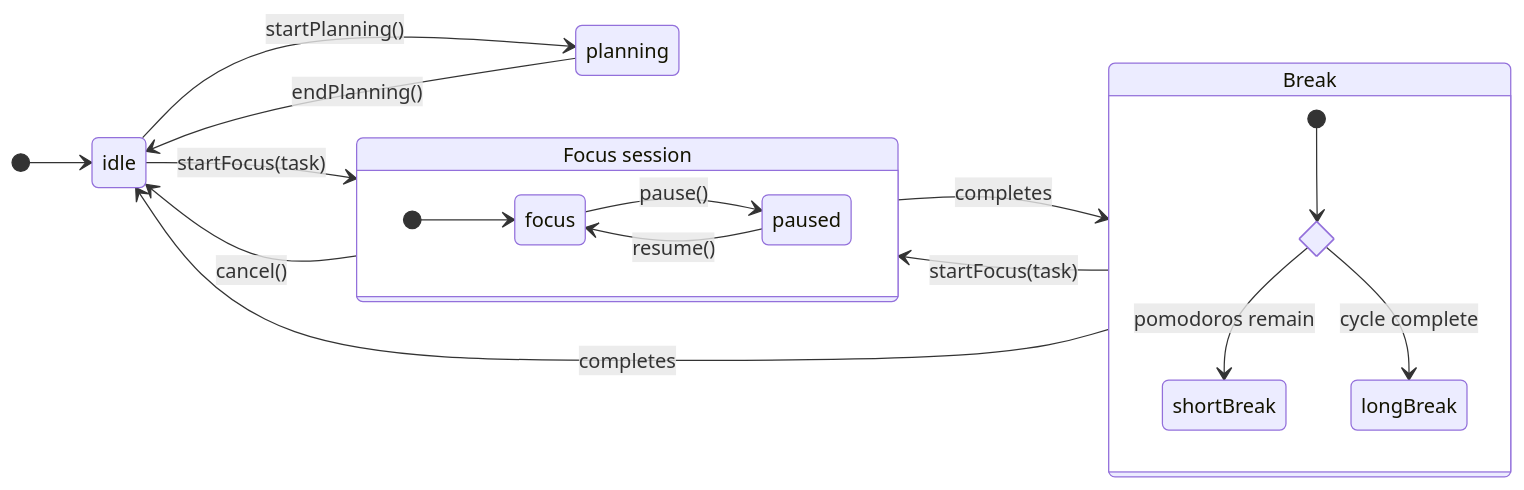
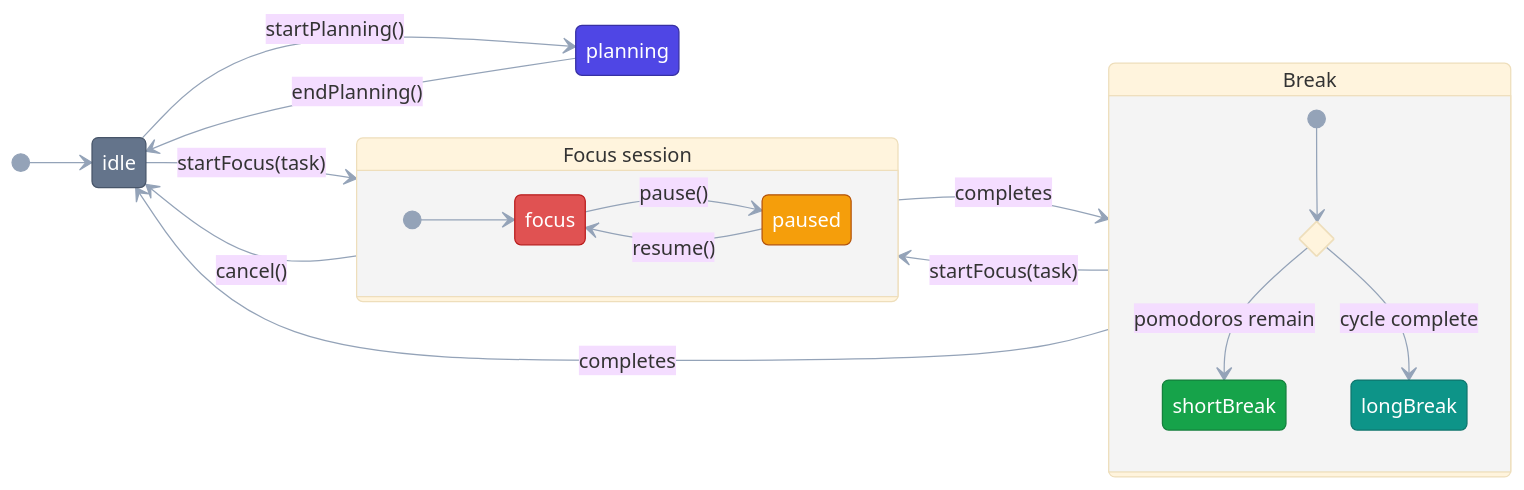
One commit to njranum/pomobar changed the diagram in docs/diagrams/timer-state-machine.md. Above: the diagram before and after it, drawn with Mermaid. The commit also changed 3 other files, not shown here.

Commit message:
Add diagrams and prettify them

````diff
--- a/docs/diagrams/timer-state-machine.md
+++ b/docs/diagrams/timer-state-machine.md
@@ -13,29 +13,44 @@
 ```mermaid
+%%{init: {'theme':'base','themeVariables':{'fontFamily':'ui-sans-serif, system-ui, -apple-system, Segoe UI, Roboto, sans-serif','lineColor':'#94a3b8'}}}%%
 stateDiagram-v2
     direction LR
 
     [*] --> idle
 
     idle --> planning : startPlanning()
     planning --> idle : endPlanning()
 
     state "Focus session" as focusPhase {
         direction LR
         [*] --> focus
         focus --> paused : pause()
         paused --> focus : resume()
     }
 
     state "Break" as breakPhase {
         state pick <<choice>>
         [*] --> pick
         pick --> shortBreak : pomodoros remain
         pick --> longBreak  : cycle complete
     }
 
     idle       --> focusPhase : startFocus(task)
     focusPhase --> idle       : cancel()
     focusPhase --> breakPhase : completes
     breakPhase --> focusPhase : startFocus(task)
     breakPhase --> idle       : completes
+
+    classDef idle fill:#64748b,stroke:#475569,color:#ffffff
+    classDef planning fill:#4f46e5,stroke:#3730a3,color:#ffffff
+    classDef focus fill:#e05252,stroke:#b91c1c,color:#ffffff
+    classDef paused fill:#f59e0b,stroke:#b45309,color:#ffffff
+    classDef shortBreak fill:#16a34a,stroke:#15803d,color:#ffffff
+    classDef longBreak fill:#0d9488,stroke:#0f766e,color:#ffffff
+
+    class idle idle
+    class planning planning
+    class focus focus
+    class paused paused
+    class shortBreak shortBreak
+    class longBreak longBreak
 ```
````
